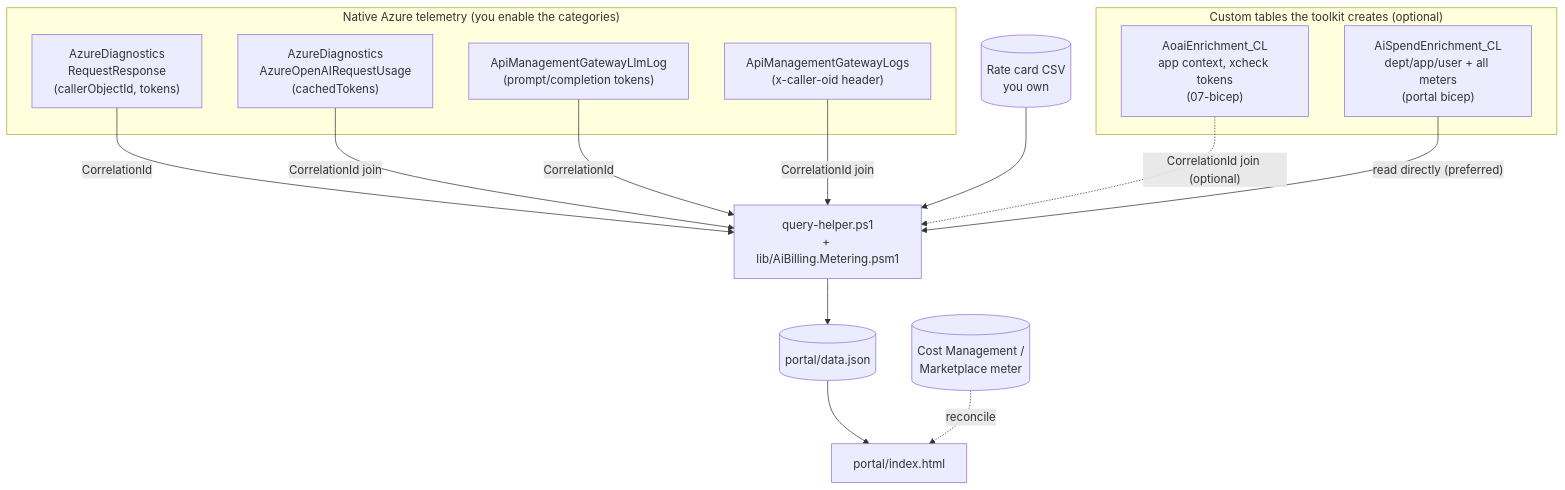
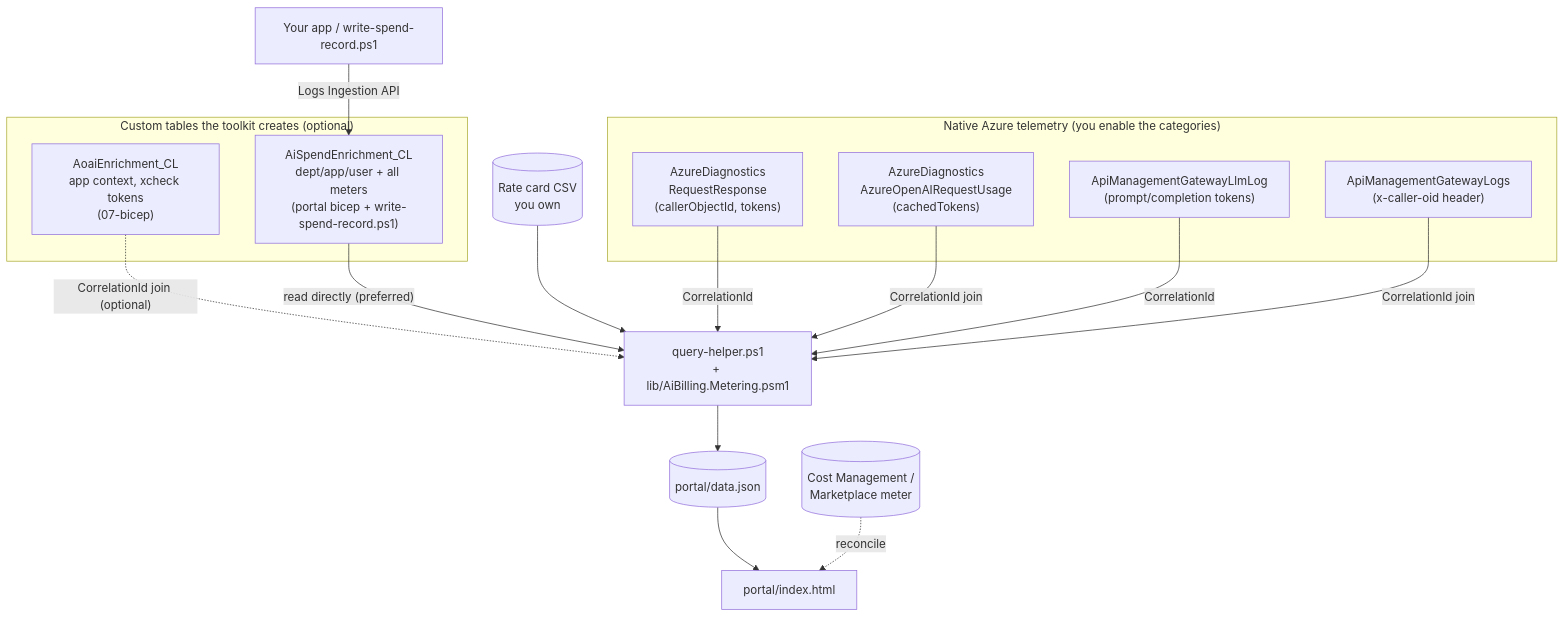
The first of 3 diagrams in docs/07-data-model.md (jasonkappel/azure-ai-token-attribution), drawn with Mermaid before and after one commit. The commit also changed other lines of this file and 2 other files, not shown here.

First line of the commit message:
data-model: ship the spend-store WRITER; sharpen join-key + trust-boundary (crew)

````diff
--- a/docs/07-data-model.md
+++ b/docs/07-data-model.md
@@ -26,25 +26,26 @@
 ```mermaid
 flowchart TD
   subgraph native["Native Azure telemetry (you enable the categories)"]
     RR["AzureDiagnostics<br/>RequestResponse<br/>(callerObjectId, tokens)"]
     USG["AzureDiagnostics<br/>AzureOpenAIRequestUsage<br/>(cachedTokens)"]
     LLM["ApiManagementGatewayLlmLog<br/>(prompt/completion tokens)"]
     GWL["ApiManagementGatewayLogs<br/>(x-caller-oid header)"]
   end
   subgraph created["Custom tables the toolkit creates (optional)"]
     AOAIENR["AoaiEnrichment_CL<br/>app context, xcheck tokens<br/>(07-bicep)"]
-    SPEND["AiSpendEnrichment_CL<br/>dept/app/user + all meters<br/>(portal bicep)"]
+    SPEND["AiSpendEnrichment_CL<br/>dept/app/user + all meters<br/>(portal bicep + write-spend-record.ps1)"]
   end
   RATE[("Rate card CSV<br/>you own")]
+  APP2["Your app / write-spend-record.ps1"] -->|"Logs Ingestion API"| SPEND
 
   RR -->|"CorrelationId"| DATA["query-helper.ps1<br/>+ lib/AiBilling.Metering.psm1"]
   USG -->|"CorrelationId join"| DATA
   AOAIENR -.->|"CorrelationId join (optional)"| DATA
   LLM -->|"CorrelationId"| DATA
   GWL -->|"CorrelationId join"| DATA
   SPEND -->|"read directly (preferred)"| DATA
   RATE --> DATA
   DATA --> JSON[("portal/data.json")]
   JSON --> PORTAL["portal/index.html"]
   CM[("Cost Management /<br/>Marketplace meter")] -.->|"reconcile"| PORTAL
 ```
````
